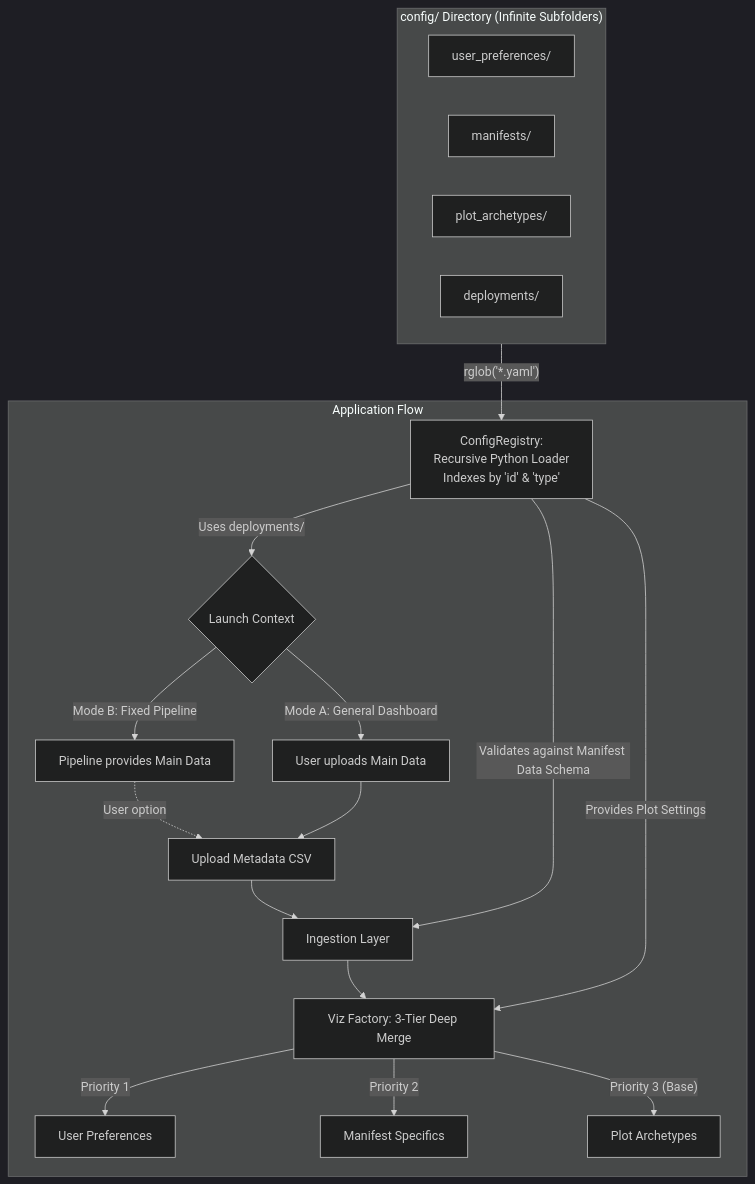
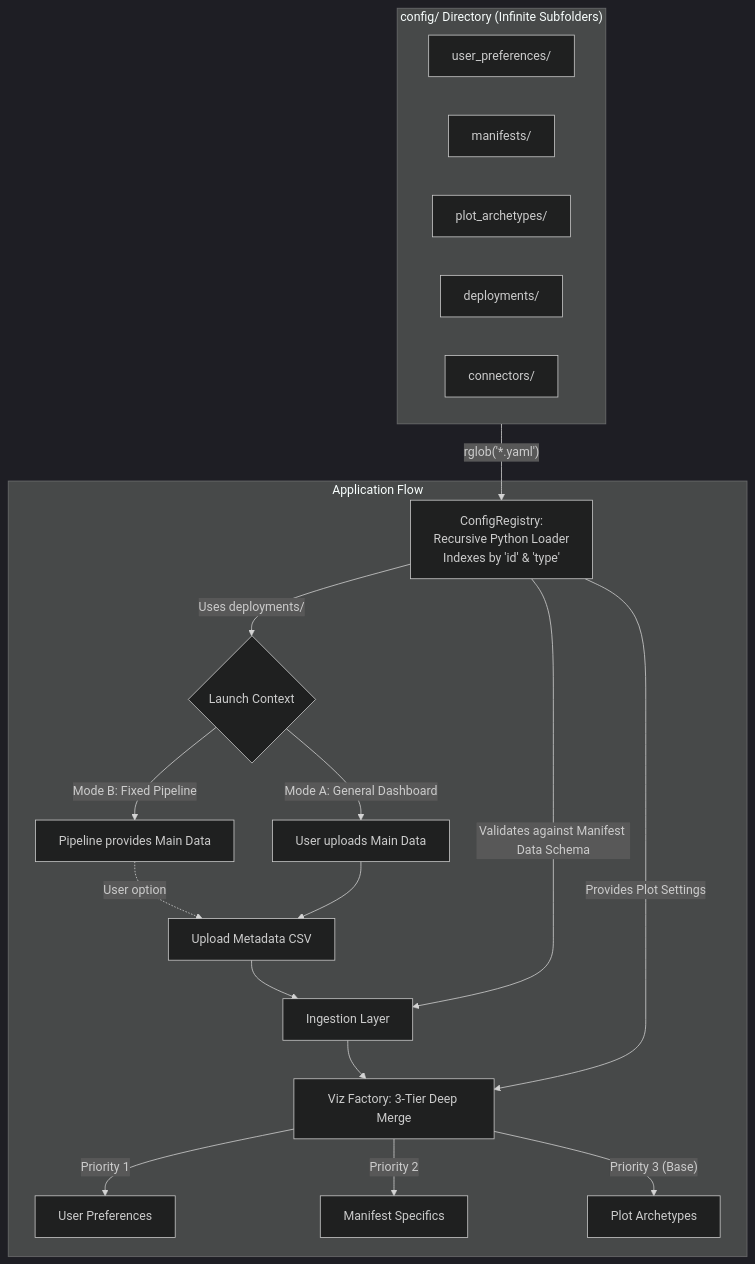
The diagram in docs/modules/_config_mermaid.mmd (NorwegianVeterinaryInstitute/SPARMVET_VIZ), drawn with Mermaid (dark theme) before and after one commit. The commit also changed 1 other file, not shown here.

Commit message:
updated mermaid diagram

```diff
--- a/docs/modules/_config_mermaid.mmd
+++ b/docs/modules/_config_mermaid.mmd
@@ -1,34 +1,36 @@
+%% working graph for config loading and application flow
 flowchart TD
     subgraph config_dir ["config/ Directory (Infinite Subfolders)"]
         direction LR
         P[user_preferences/] 
         M[manifests/] 
         A[plot_archetypes/]
         D[deployments/]
+        C[connectors/]
     end
 
     CR["ConfigRegistry: <br>Recursive Python Loader<br>Indexes by 'id' &amp; 'type'"]
     config_dir -->|"rglob('*.yaml')"| CR
 
     subgraph app_logic ["Application Flow"]
         LC{Launch Context}
         CR -->|Uses deployments/| LC
         
         LC -->|Mode B: Fixed Pipeline| Auto[Pipeline provides Main Data]
         LC -->|Mode A: General Dashboard| Manual[User uploads Main Data]
         
         Auto -.->|User option| Meta[Upload Metadata CSV]
         Manual --> Meta
         
         Meta --> Ingest[Ingestion Layer]
         
         CR -->|Validates against Manifest Data Schema| Ingest
         
         Ingest --> Merge[Viz Factory: 3-Tier Deep Merge]
         
         CR -->|Provides Plot Settings| Merge
         
         Merge -->|Priority 1| UP[User Preferences]
         Merge -->|Priority 2| MS[Manifest Specifics]
         Merge -->|"Priority 3 (Base)"| PA[Plot Archetypes]
     end
```
